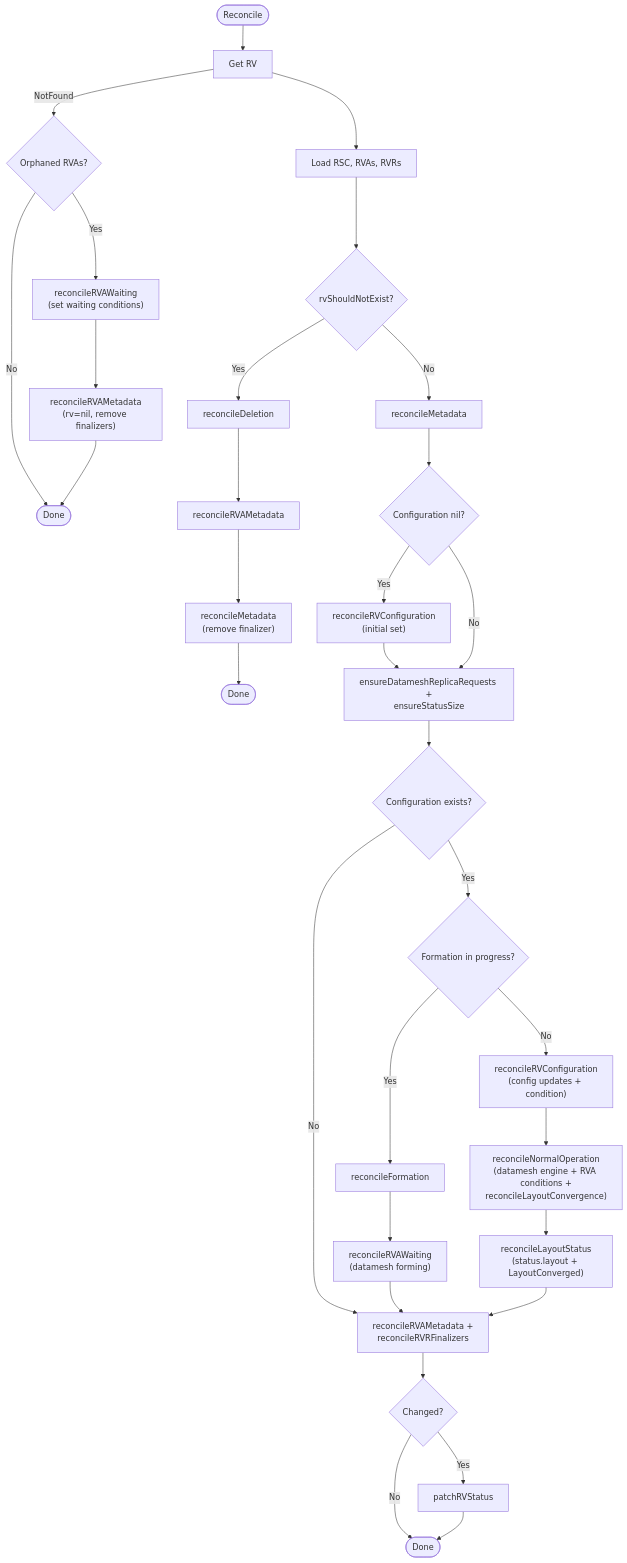
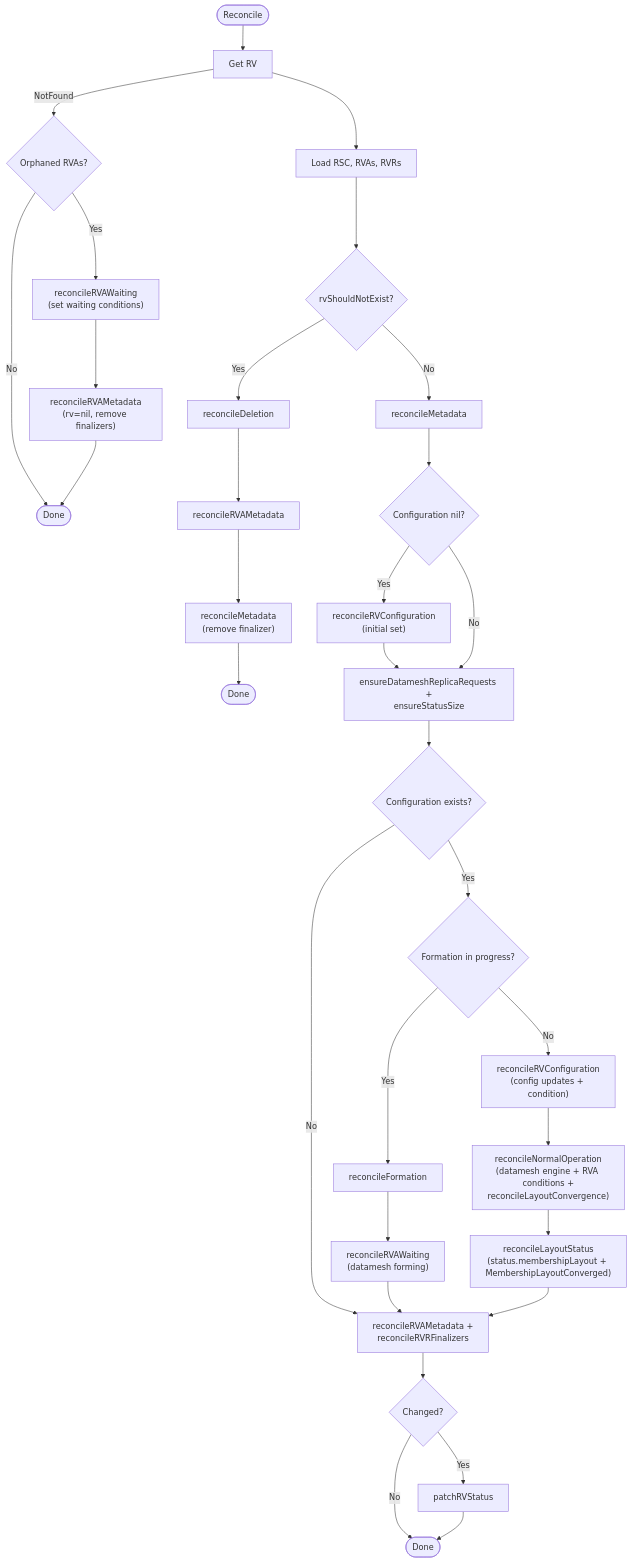
One commit to deckhouse/sds-replicated-volume changed the first of 12 diagrams in images/controller/internal/controllers/rv_controller/README.md. Above: the diagram before and after it, drawn with Mermaid. The commit also changed other lines of this file and 29 other files, not shown here.

````diff
--- a/images/controller/internal/controllers/rv_controller/README.md
+++ b/images/controller/internal/controllers/rv_controller/README.md
@@ -165,40 +165,40 @@
 ```mermaid
 flowchart TD
     Start([Reconcile]) --> GetRV[Get RV]
     GetRV -->|NotFound| CheckOrphanedRVAs{Orphaned RVAs?}
     CheckOrphanedRVAs -->|No| Done1([Done])
     CheckOrphanedRVAs -->|Yes| OrphanedWaiting["reconcileRVAWaiting<br/>(set waiting conditions)"]
     OrphanedWaiting --> OrphanedFinalizers["reconcileRVAMetadata<br/>(rv=nil, remove finalizers)"]
     OrphanedFinalizers --> Done1
     GetRV --> LoadDeps[Load RSC, RVAs, RVRs]
 
     LoadDeps --> CheckDelete{rvShouldNotExist?}
     CheckDelete -->|Yes| Deletion[reconcileDeletion]
     Deletion --> RVAFinDel[reconcileRVAMetadata]
     RVAFinDel --> MetaDel["reconcileMetadata<br/>(remove finalizer)"]
     MetaDel --> Done3([Done])
 
     CheckDelete -->|No| Meta[reconcileMetadata]
     Meta --> CheckConfigNil{Configuration nil?}
     CheckConfigNil -->|Yes| InitConfig["reconcileRVConfiguration<br/>(initial set)"]
     InitConfig --> EnsurePending
     CheckConfigNil -->|No| EnsurePending
     EnsurePending["ensureDatameshReplicaRequests +<br/>ensureStatusSize"]
     EnsurePending --> CheckConfig{Configuration exists?}
     CheckConfig -->|No| Finalizers
 
     CheckConfig -->|Yes| CheckForming{Formation in progress?}
     CheckForming -->|Yes| Formation[reconcileFormation]
     Formation --> FormingRVAWaiting["reconcileRVAWaiting<br/>(datamesh forming)"]
     FormingRVAWaiting --> Finalizers
     CheckForming -->|No| UpdateConfig["reconcileRVConfiguration<br/>(config updates + condition)"]
     UpdateConfig --> NormalOp["reconcileNormalOperation<br/>(datamesh engine + RVA conditions +<br/>reconcileLayoutConvergence)"]
-    NormalOp --> LayoutStatus["reconcileLayoutStatus<br/>(status.layout + LayoutConverged)"]
+    NormalOp --> LayoutStatus["reconcileLayoutStatus<br/>(status.membershipLayout + MembershipLayoutConverged)"]
     LayoutStatus --> Finalizers
 
     Finalizers["reconcileRVAMetadata +<br/>reconcileRVRFinalizers"]
     Finalizers --> PatchDecision{Changed?}
     PatchDecision -->|Yes| Patch[patchRVStatus]
     PatchDecision -->|No| EndNode([Done])
     Patch --> EndNode
 ```
````
